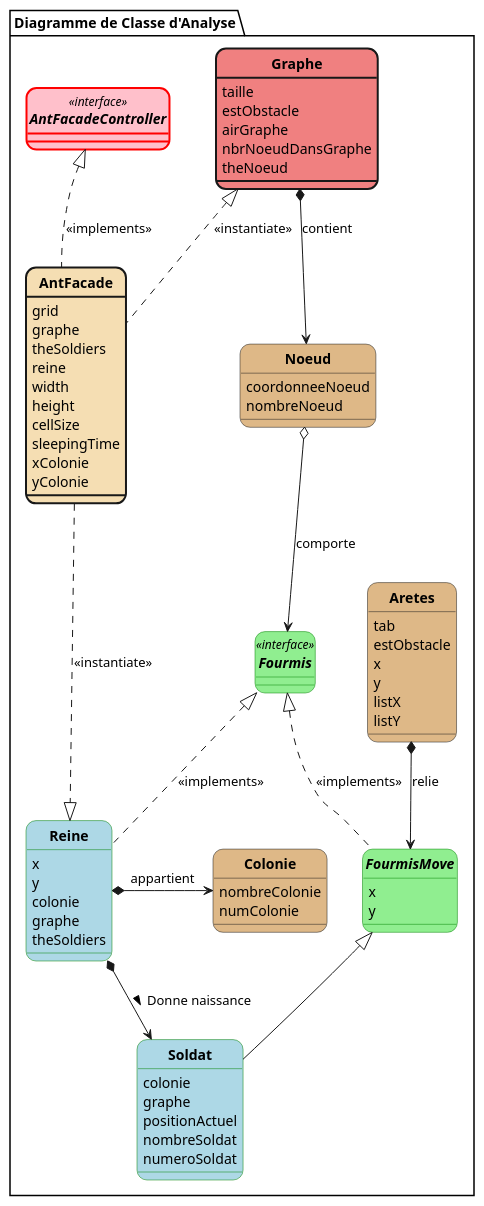
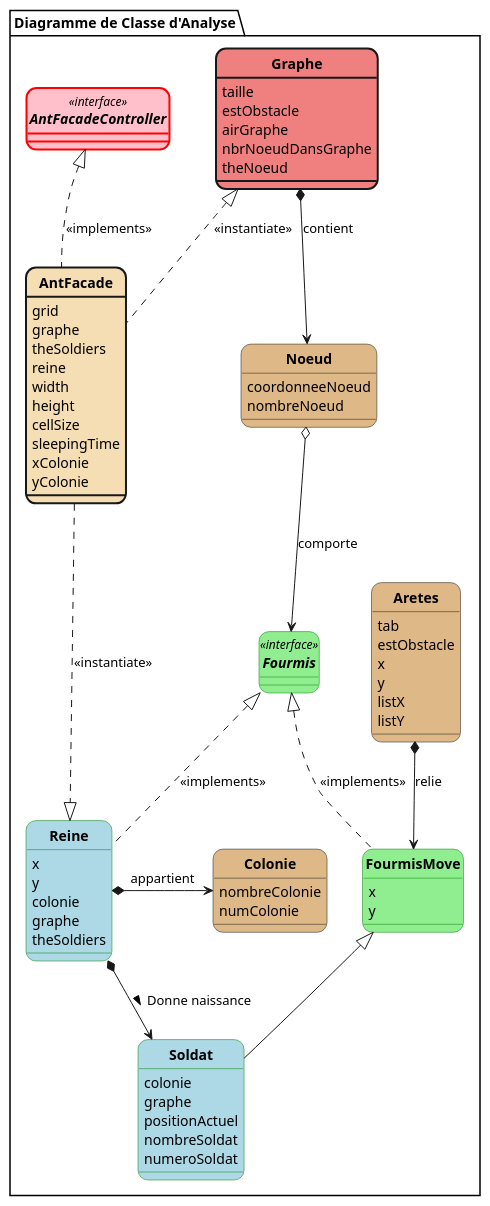
The diagram in plantUML/V2/Fourmis_DC_Analyse.puml (jvondermarck/ant-colony), drawn with PlantUML before and after one commit. The commit also changed 15 other files, not shown here.

```diff
--- a/plantUML/V2/Fourmis_DC_Analyse.puml
+++ b/plantUML/V2/Fourmis_DC_Analyse.puml
@@ -1,91 +1,91 @@
 @startuml
 'https://plantuml.com/class-diagram
 
 skinparam style strictuml
 skinparam classAttributeIconSize 0
 skinparam classFontStyle Bold
 skinparam roundcorner 20
 hide enum methods
 
 package "Diagramme de Classe d'Analyse" <<Folder>> {
     interface AntFacadeController <<interface>> #pink ##[bold]red {}
 
     class Graphe #lightcoral;line.bold {
       taille
       estObstacle
       airGraphe
       nbrNoeudDansGraphe
       theNoeud
     }
 
     class Colonie #burlywood {
         nombreColonie
         numColonie
     }
 
     class Noeud #burlywood {
     coordonneeNoeud
     nombreNoeud
     }
 
     class AntFacade #back:Wheat;line.bold {
       grid
       graphe
       theSoldiers
       reine
       width
       height
       cellSize
       sleepingTime
       xColonie
       yColonie
     }
 
     class Aretes #burlywood {
       tab
       estObstacle
       x
       y
       listX
       listY
     }
 
     interface Fourmis <<interface>> #lightgreen;line:green {}
 
     class Reine #lightblue;line:green {
       x
       y
       colonie
       graphe
       theSoldiers
     }
 
-    abstract class FourmisMove #lightgreen;line:green {
+    class FourmisMove #lightgreen;line:green {
         x
         y
     }
 
     class Soldat #lightblue;line:green {
       colonie
       graphe
       positionActuel
       nombreSoldat
       numeroSoldat
     }
 }
 
 AntFacadeController <|.. AntFacade : <<implements>>
 AntFacade .up.|> Graphe : <<instantiate>>
 AntFacade ..|> Reine : <<instantiate>>
 
 Graphe *--> Noeud : contient
 
 FourmisMove  <--up*  Aretes : relie
 Reine *-right>  Colonie : appartient
 Noeud o--> Fourmis : comporte
 Fourmis <|.. Reine : <<implements>>
 Fourmis <|.. FourmisMove : <<implements>>
 FourmisMove <|-- Soldat
 Reine  *->  Soldat : Donne naissance >
 
 @enduml
```
